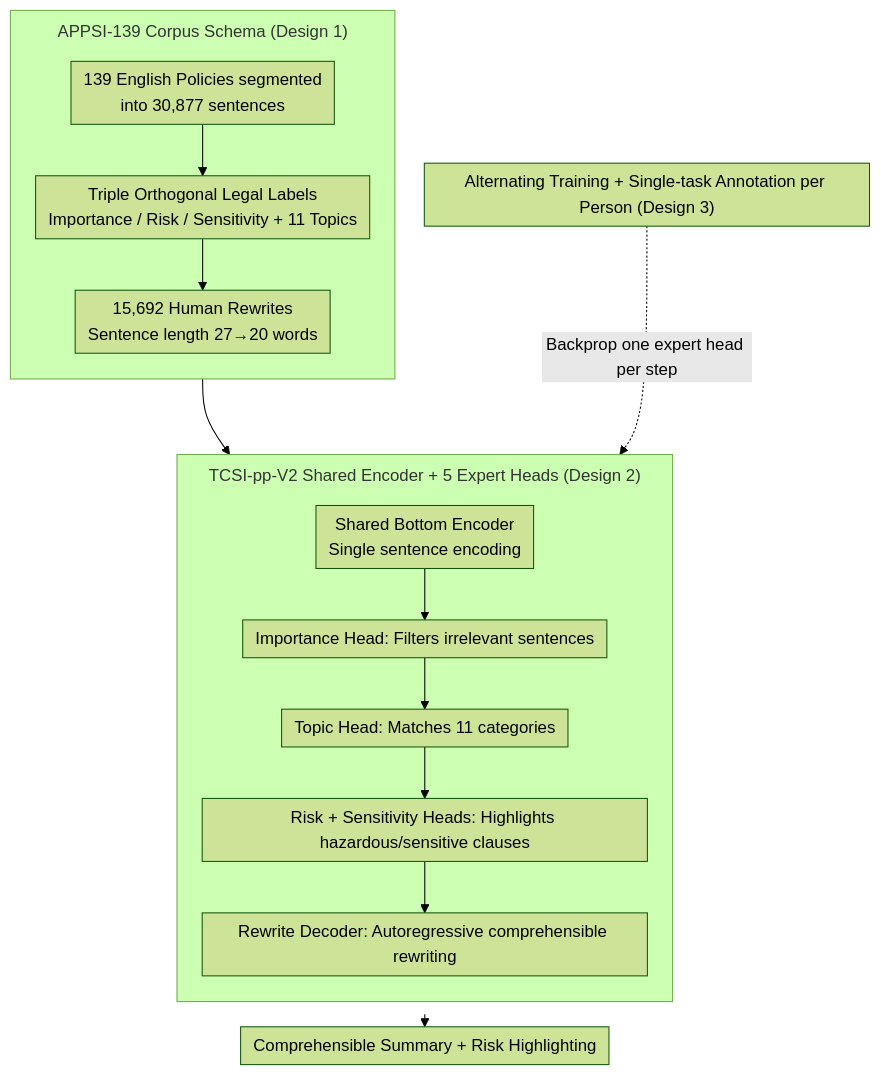
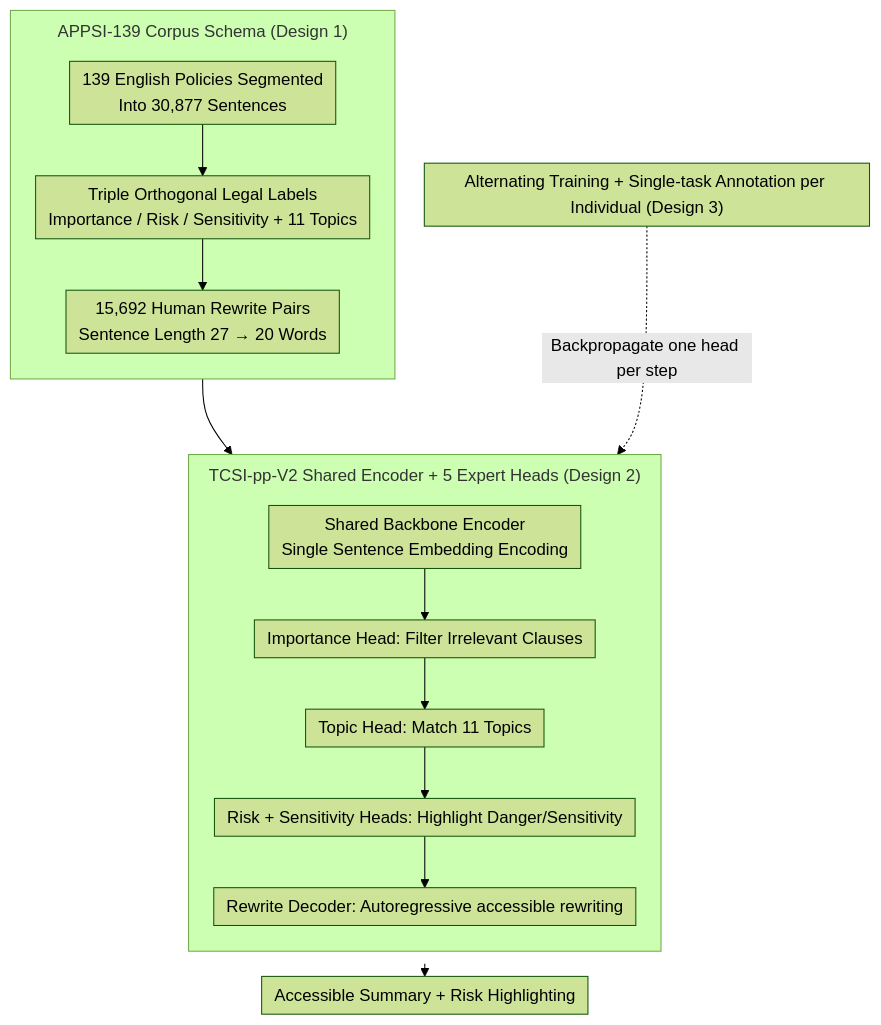
One commit to zhaoyang97/Paper-Notes-en changed the diagram in docs/ACL2026/llm_safety/appsi-139_a_parallel_corpus_of_english_application_privacy_policy_summarization_.md. Above: the diagram before and after it, drawn with Mermaid (forest theme). The commit also changed other lines of this file and 5084 other files, not shown here.

````diff
--- a/docs/ACL2026/llm_safety/appsi-139_a_parallel_corpus_of_english_application_privacy_policy_summarization_.md
+++ b/docs/ACL2026/llm_safety/appsi-139_a_parallel_corpus_of_english_application_privacy_policy_summarization_.md
@@ -42,19 +42,19 @@
 ```mermaid
 %%{init: {'flowchart': {'rankSpacing': 24, 'nodeSpacing': 28, 'padding': 6, 'wrappingWidth': 400, 'subGraphTitleMargin': {'top': 8, 'bottom': 16}}}}%%
 flowchart TD
     subgraph CORP["APPSI-139 Corpus Schema (Design 1)"]
         direction TB
-        A["139 English Policies segmented<br/>into 30,877 sentences"] --> B["Triple Orthogonal Legal Labels<br/>Importance / Risk / Sensitivity + 11 Topics"]
-        B --> C["15,692 Human Rewrites<br/>Sentence length 27→20 words"]
+        A["139 English Policies Segmented<br/>Into 30,877 Sentences"] --> B["Triple Orthogonal Legal Labels<br/>Importance / Risk / Sensitivity + 11 Topics"]
+        B --> C["15,692 Human Rewrite Pairs<br/>Sentence Length 27 → 20 Words"]
     end
     subgraph MODEL["TCSI-pp-V2 Shared Encoder + 5 Expert Heads (Design 2)"]
         direction TB
-        E["Shared Bottom Encoder<br/>Single sentence encoding"] --> F["Importance Head: Filters irrelevant sentences"]
-        F --> G["Topic Head: Matches 11 categories"]
-        G --> H["Risk + Sensitivity Heads: Highlights hazardous/sensitive clauses"]
-        H --> I["Rewrite Decoder: Autoregressive comprehensible rewriting"]
+        E["Shared Backbone Encoder<br/>Single Sentence Embedding Encoding"] --> F["Importance Head: Filter Irrelevant Clauses"]
+        F --> G["Topic Head: Match 11 Topics"]
+        G --> H["Risk + Sensitivity Heads: Highlight Danger/Sensitivity"]
+        H --> I["Rewrite Decoder: Autoregressive accessible rewriting"]
     end
     CORP --> E
-    MODEL --> J["Comprehensible Summary + Risk Highlighting"]
-    TRAIN["Alternating Training + Single-task Annotation per Person (Design 3)"] -.->|Backprop one expert head per step| MODEL
+    MODEL --> J["Accessible Summary + Risk Highlighting"]
+    TRAIN["Alternating Training + Single-task Annotation per Individual (Design 3)"] -.->|Backpropagate one head per step| MODEL
 ```
````
